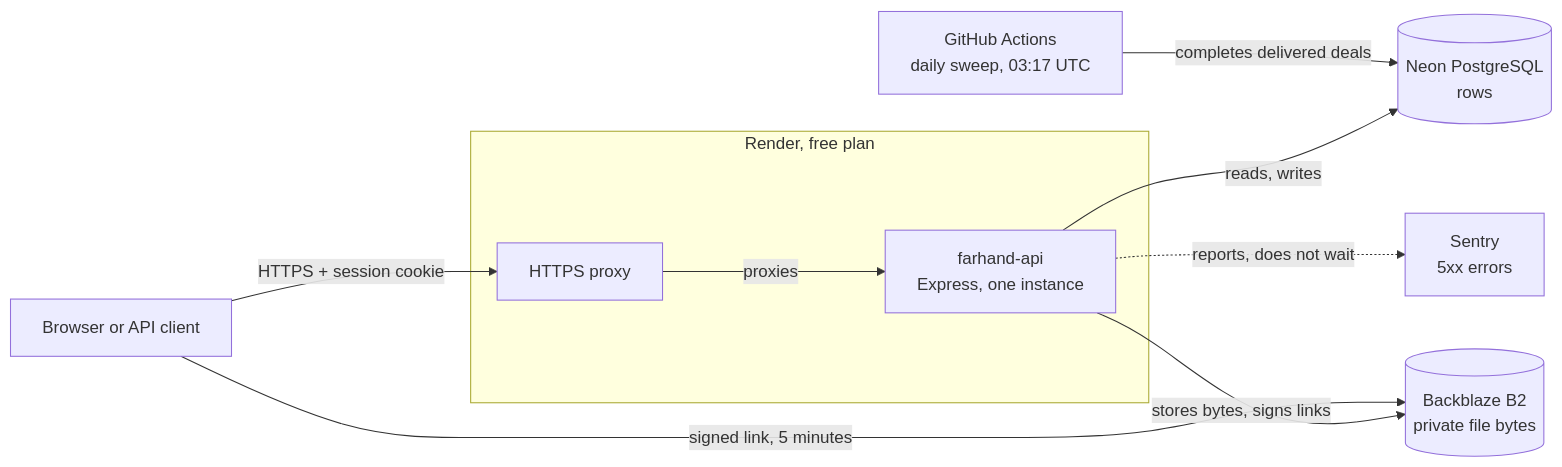
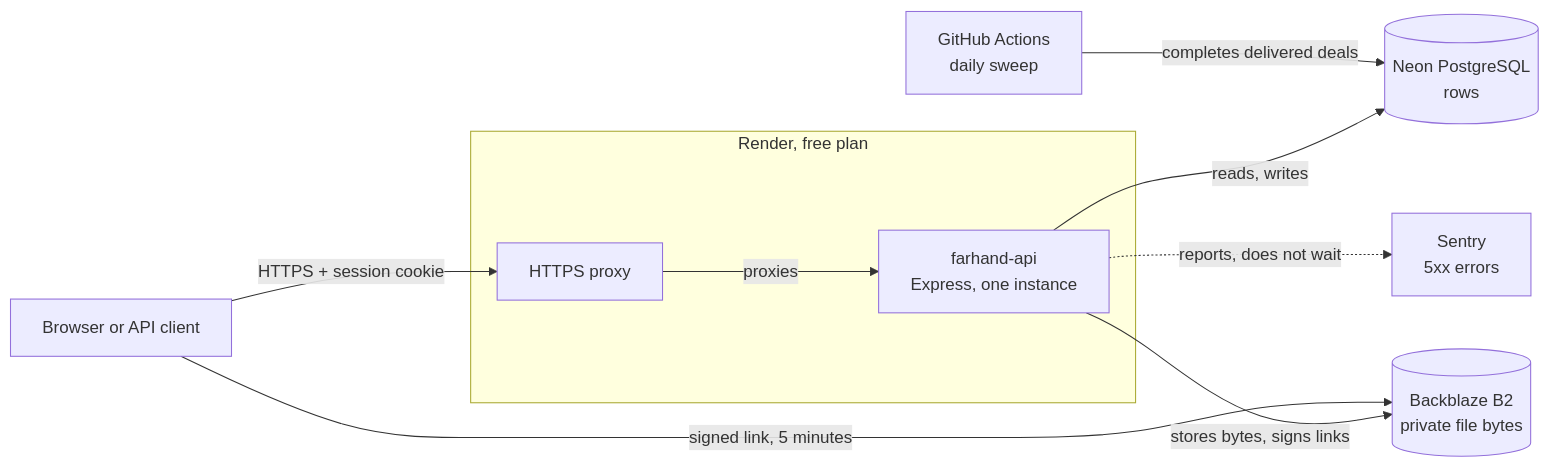
Before and after one commit to KseniaMihh/farhand: the first of 4 diagrams in docs/15-architecture.md, drawn with Mermaid. The commit also changed 2 other files, not shown here.

Commit message:
fix(deals): give the auto-complete generate step its DATABASE_URL (#115)
prisma.config.ts resolves DATABASE_URL with env(), which throws when it is
missing. The workflow set it only on the Sweep step, so `prisma generate`
failed on both scheduled runs before the sweep started.

DATABASE_URL moves to the job. NODE_ENV stays on the Sweep step: under
NODE_ENV=production `npm ci` skips devDependencies, and tsx is one.

The docs stop promising 03:17 UTC, which GitHub treats as a suggestion,
and say that a workflow change is done when it has run.

````diff
--- a/docs/15-architecture.md
+++ b/docs/15-architecture.md
@@ -15,22 +15,22 @@
 ```mermaid
 flowchart LR
     browser["Browser or API client"]
 
     subgraph render ["Render, free plan"]
         edge["HTTPS proxy"]
         api["farhand-api<br/>Express, one instance"]
     end
 
     neon[("Neon PostgreSQL<br/>rows")]
     b2[("Backblaze B2<br/>private file bytes")]
     sentry["Sentry<br/>5xx errors"]
-    cron["GitHub Actions<br/>daily sweep, 03:17 UTC"]
+    cron["GitHub Actions<br/>daily sweep"]
 
     browser -->|"HTTPS + session cookie"| edge
     edge -->|"proxies"| api
     api -->|"reads, writes"| neon
     api -->|"stores bytes, signs links"| b2
     api -.->|"reports, does not wait"| sentry
     browser -->|"signed link, 5 minutes"| b2
     cron -->|"completes delivered deals"| neon
 ```
````
